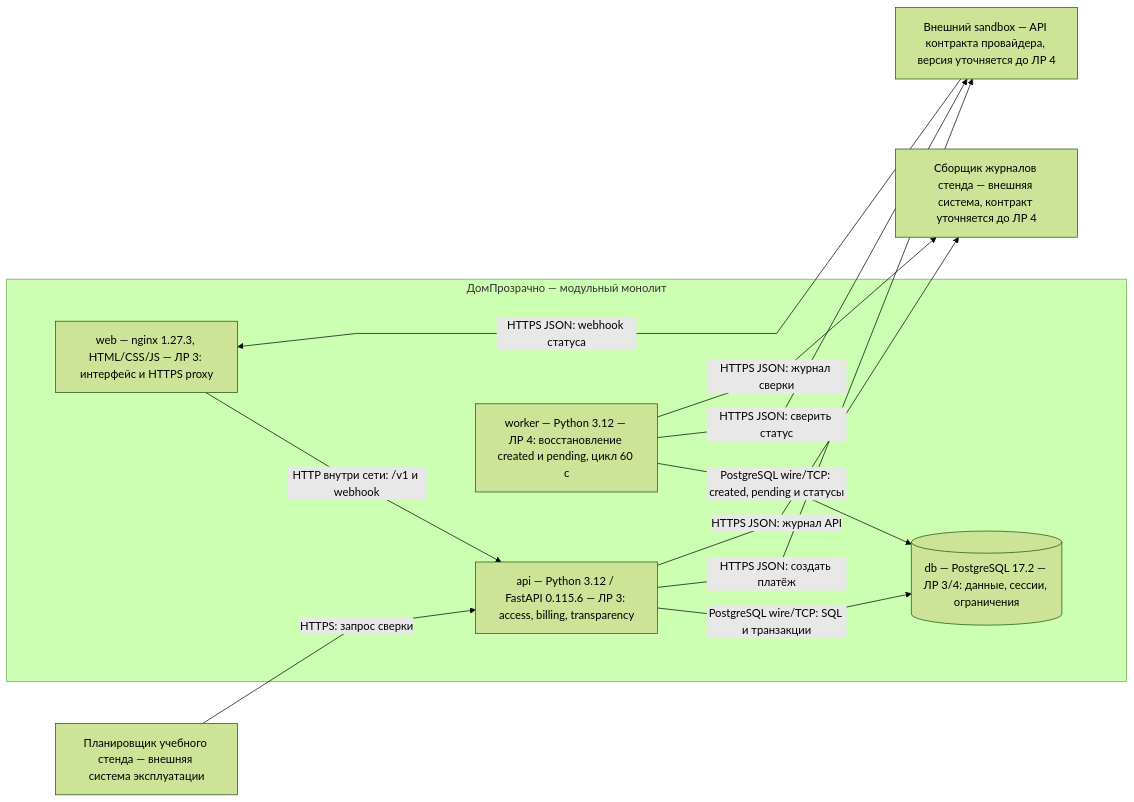
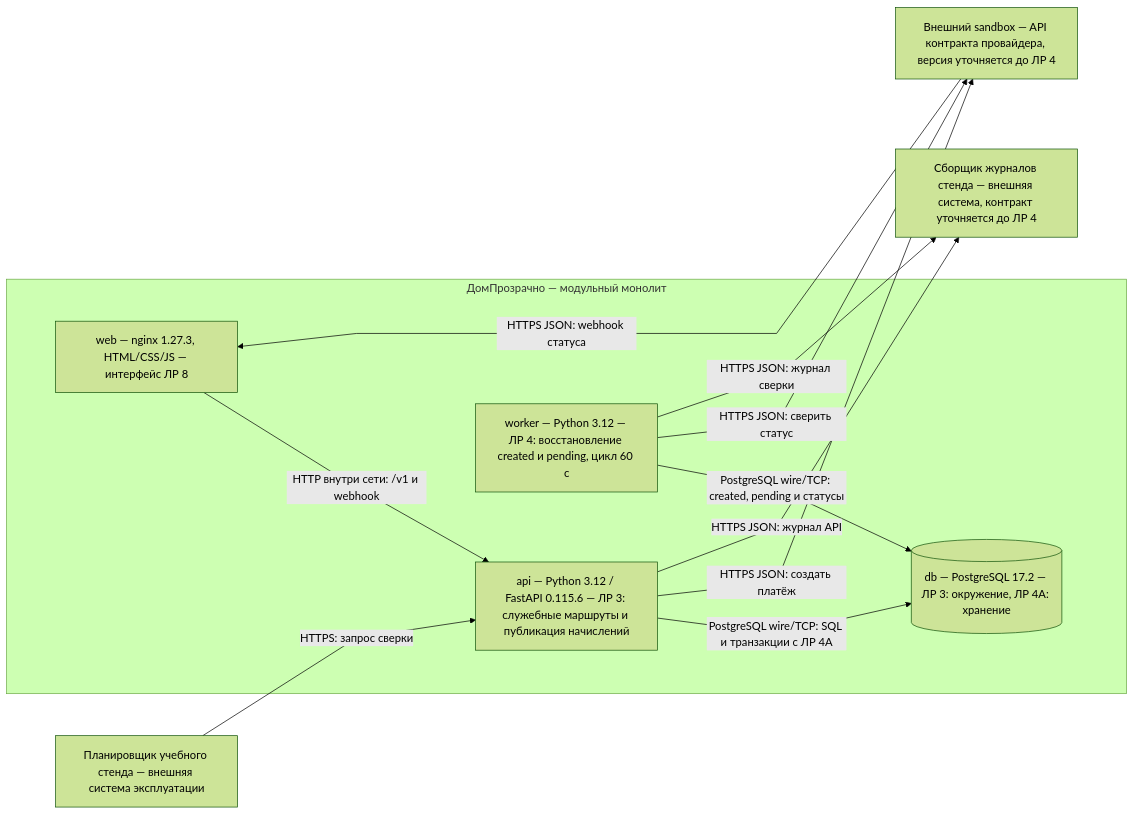
The diagram in docs/architecture/c4/container.mmd (PerkaHub/home), drawn with Mermaid (forest theme) before and after one commit. The commit also changed 14 other files, not shown here.

```diff
--- a/docs/architecture/c4/container.mmd
+++ b/docs/architecture/c4/container.mmd
@@ -1,21 +1,21 @@
 %%{init: {"flowchart": {"nodeSpacing": 100, "rankSpacing": 140, "curve": "linear"}}}%%
 flowchart LR
  subgraph SYS["ДомПрозрачно — модульный монолит"]
- W["web — nginx 1.27.3, HTML/CSS/JS — ЛР 3: интерфейс и HTTPS proxy"]
- A["api — Python 3.12 / FastAPI 0.115.6 — ЛР 3: access, billing, transparency"]
+ W["web — nginx 1.27.3, HTML/CSS/JS — интерфейс ЛР 8"]
+ A["api — Python 3.12 / FastAPI 0.115.6 — ЛР 3: служебные маршруты и публикация начислений"]
  K["worker — Python 3.12 — ЛР 4: восстановление created и pending, цикл 60 с"]
- D[("db — PostgreSQL 17.2 — ЛР 3/4: данные, сессии, ограничения")]
+ D[("db — PostgreSQL 17.2 — ЛР 3: окружение, ЛР 4А: хранение")]
  W -->|"HTTP внутри сети: /v1 и webhook"| A
- A -->|"PostgreSQL wire/TCP: SQL и транзакции"| D
+ A -->|"PostgreSQL wire/TCP: SQL и транзакции с ЛР 4А"| D
  K -->|"PostgreSQL wire/TCP: created, pending и статусы"| D
  end
  P["Внешний sandbox — API контракта провайдера, версия уточняется до ЛР 4"]
  A -->|"HTTPS JSON: создать платёж"| P
  K -->|"HTTPS JSON: сверить статус"| P
  P -->|"HTTPS JSON: webhook статуса"| W
 
  J["Планировщик учебного стенда — внешняя система эксплуатации"]
  L["Сборщик журналов стенда — внешняя система, контракт уточняется до ЛР 4"]
  J -->|"HTTPS: запрос сверки"| A
  A -->|"HTTPS JSON: журнал API"| L
  K -->|"HTTPS JSON: журнал сверки"| L
```
